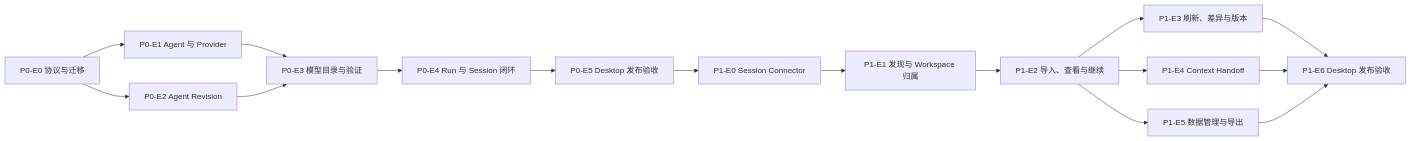
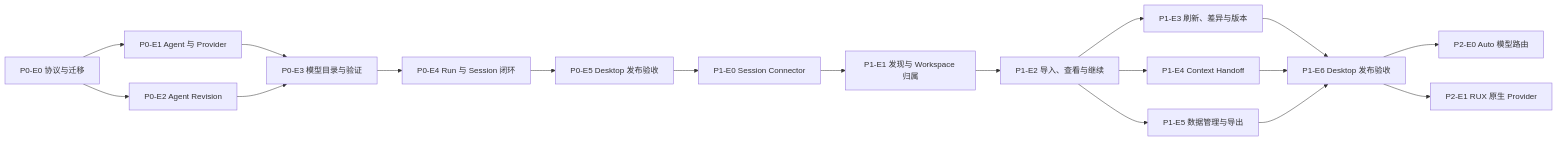
Before and after one commit to spencer17x/rux: the diagram in docs/delivery-roadmap-and-acceptance.md, drawn with Mermaid. The commit also changed other lines of this file and 39 other files, not shown here.

Commit message:
Implement agent session management and context handoff flows

````diff
--- a/docs/delivery-roadmap-and-acceptance.md
+++ b/docs/delivery-roadmap-and-acceptance.md
@@ -86,19 +93,21 @@
 ```mermaid
 flowchart LR
   P00["P0-E0 协议与迁移"] --> P01["P0-E1 Agent 与 Provider"]
   P00 --> P02["P0-E2 Agent Revision"]
   P01 --> P03["P0-E3 模型目录与验证"]
   P02 --> P03
   P03 --> P04["P0-E4 Run 与 Session 闭环"]
   P04 --> P05["P0-E5 Desktop 发布验收"]
 
   P05 --> P10["P1-E0 Session Connector"]
   P10 --> P11["P1-E1 发现与 Workspace 归属"]
   P11 --> P12["P1-E2 导入、查看与继续"]
   P12 --> P13["P1-E3 刷新、差异与版本"]
   P12 --> P14["P1-E4 Context Handoff"]
   P12 --> P15["P1-E5 数据管理与导出"]
   P13 --> P16["P1-E6 Desktop 发布验收"]
   P14 --> P16
   P15 --> P16
+  P16 --> P20["P2-E0 Auto 模型路由"]
+  P16 --> P21["P2-E1 RUX 原生 Provider"]
 ```
````
